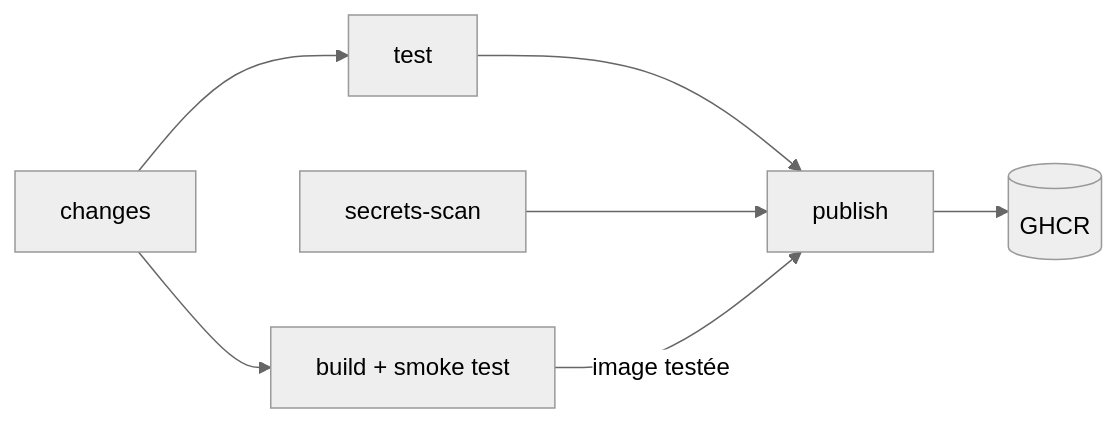
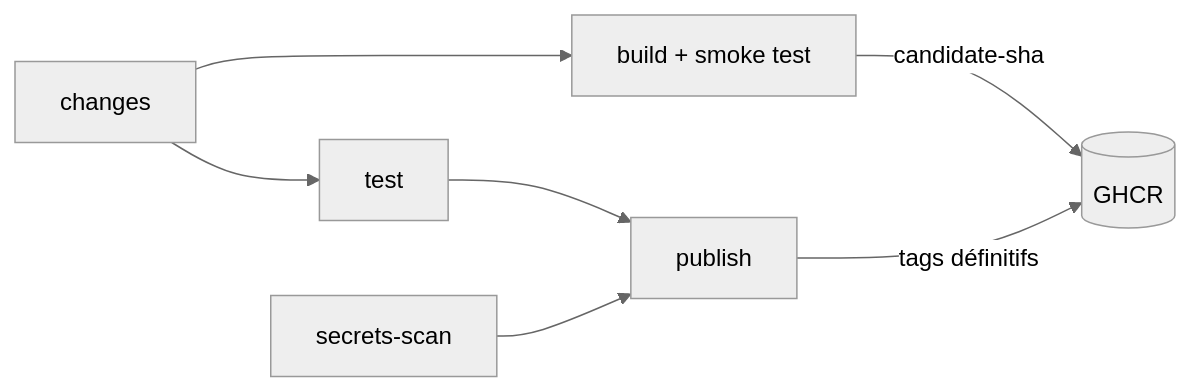
One commit to brunoHoarau/Hoarau_Bruno_08_Mettez_en_place_un_pipeline_CI-CD_simple_avec_Docker changed the diagram in README.md. Above: the diagram before and after it, drawn with Mermaid (neutral theme). The commit also changed other lines of this file, not shown here.

Commit message:
docs: README aligné sur la pipeline actuelle (image candidate, promotion skopeo, cache GHCR, Secret k8s)

````diff
--- a/README.md
+++ b/README.md
@@ -28,10 +28,10 @@
 ```mermaid
 flowchart LR
     A[changes] --> B[test]
     A --> D[build + smoke test]
     C[secrets-scan]
     B --> P[publish]
     C --> P
-    D -- image testée --> P
-    P --> E[(GHCR)]
+    D -- candidate-sha --> E[(GHCR)]
+    P -- tags définitifs --> E
 ```
````
